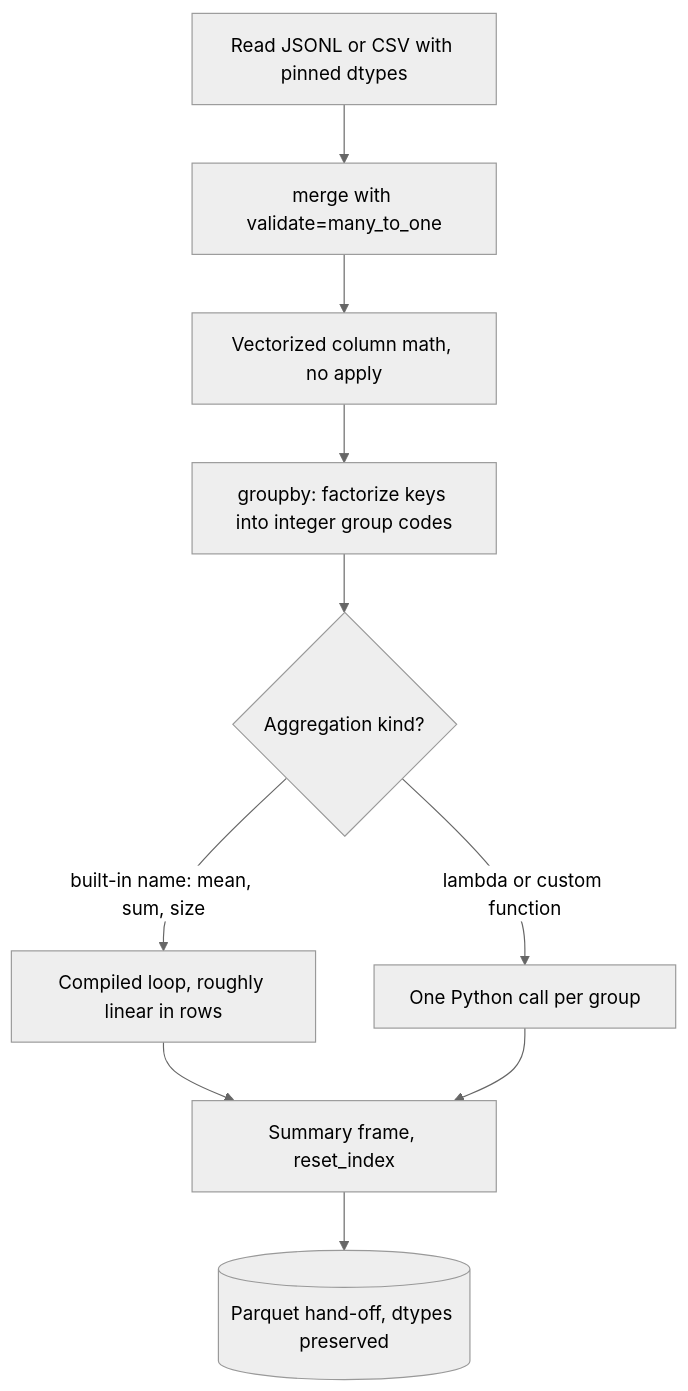
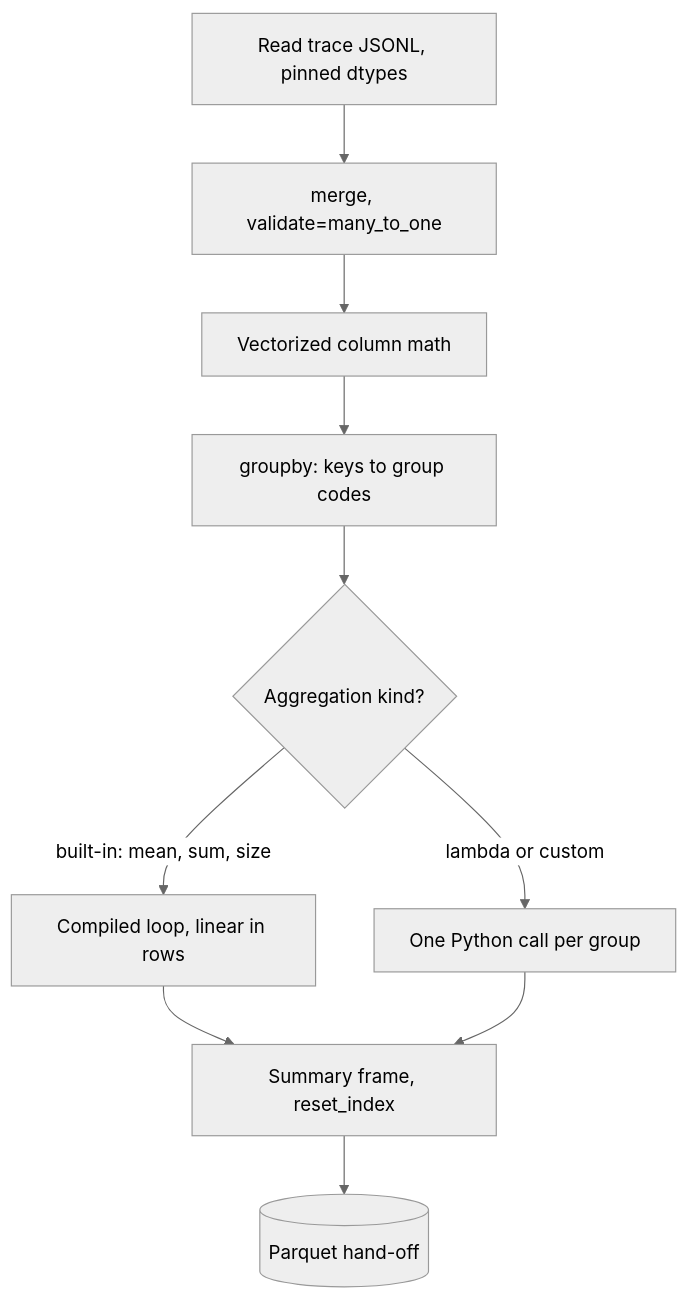
One commit to lovishmahajan97/agentic-learning changed the diagram in content/python-for-ai/pandas.md. Above: the diagram before and after it, drawn with Mermaid (neutral theme). The commit also changed other lines of this file and 266 other files, not shown here.

````diff
--- a/content/python-for-ai/pandas.md
+++ b/content/python-for-ai/pandas.md
@@ -109,12 +125,12 @@
 ```mermaid
 flowchart TD
-    R["Read JSONL or CSV with pinned dtypes"] --> J["merge with validate=many_to_one"]
-    J --> C["Vectorized column math, no apply"]
-    C --> G["groupby: factorize keys into integer group codes"]
+    R["Read trace JSONL, pinned dtypes"] --> J["merge, validate=many_to_one"]
+    J --> C["Vectorized column math"]
+    C --> G["groupby: keys to group codes"]
     G --> Q{"Aggregation kind?"}
-    Q -->|"built-in name: mean, sum, size"| F["Compiled loop, roughly linear in rows"]
-    Q -->|"lambda or custom function"| S["One Python call per group"]
+    Q -->|"built-in: mean, sum, size"| F["Compiled loop, linear in rows"]
+    Q -->|"lambda or custom"| S["One Python call per group"]
     F --> O["Summary frame, reset_index"]
     S --> O
-    O --> P[("Parquet hand-off, dtypes preserved")]
+    O --> P[("Parquet hand-off")]
 ```
````
